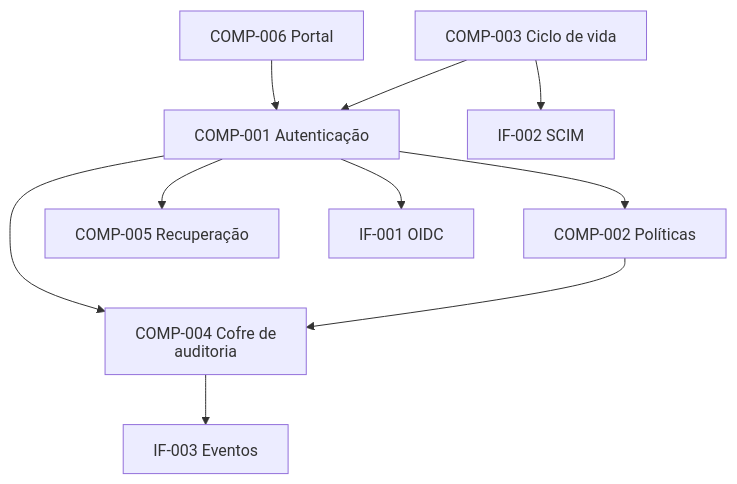
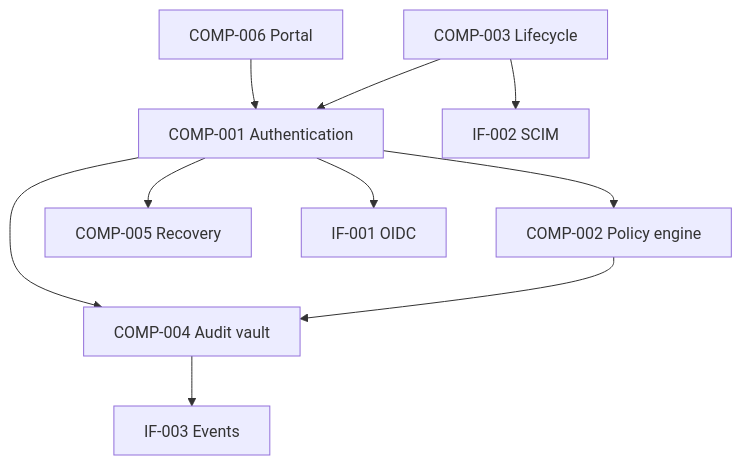
One commit to lsbjordao/quarto-needs changed the second of 3 diagrams in examples/book/diagrams.qmd. Above: the diagram before and after it, drawn with Mermaid. The commit also changed other lines of this file and 9 other files, not shown here.

Commit message:
docs: translate Aegis views and diagrams

````diff
--- a/examples/book/diagrams.qmd
+++ b/examples/book/diagrams.qmd
@@ -17,13 +17,13 @@
 ```{mermaid}
 %%{init: {"htmlLabels": false, "flowchart": {"htmlLabels": false}}}%%
 flowchart TB
-  Portal[COMP-006 Portal] --> Auth[COMP-001 Autenticação]
-  Auth --> Policy[COMP-002 Políticas]
-  Life[COMP-003 Ciclo de vida] --> Auth
-  Auth --> Recovery[COMP-005 Recuperação]
-  Auth --> Audit[COMP-004 Cofre de auditoria]
+  Portal[COMP-006 Portal] --> Auth[COMP-001 Authentication]
+  Auth --> Policy[COMP-002 Policy engine]
+  Life[COMP-003 Lifecycle] --> Auth
+  Auth --> Recovery[COMP-005 Recovery]
+  Auth --> Audit[COMP-004 Audit vault]
   Policy --> Audit
   Auth --> OIDC[IF-001 OIDC]
   Life --> SCIM[IF-002 SCIM]
-  Audit --> Events[IF-003 Eventos]
+  Audit --> Events[IF-003 Events]
 ```
````
